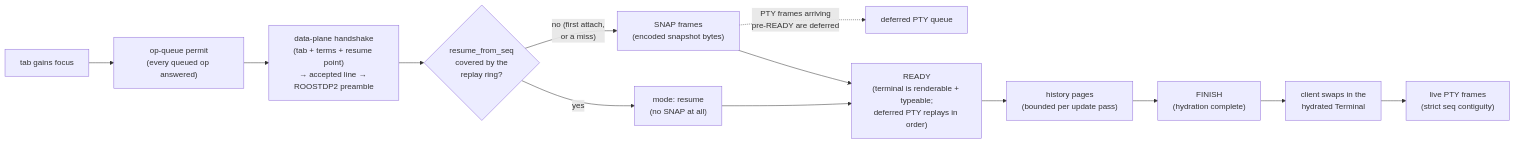
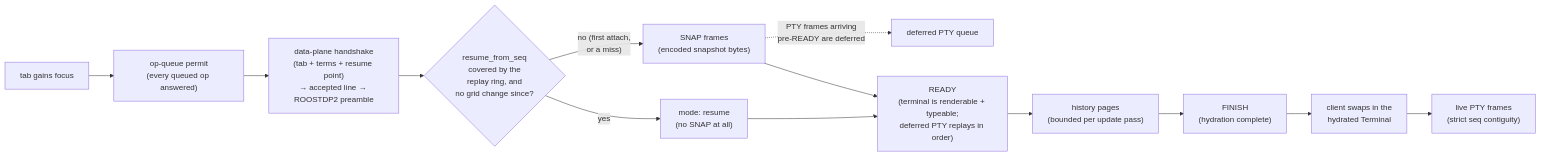
Before and after one commit to charliek/roost: the second of 3 diagrams in docs/development/host-sessions.md, drawn with Mermaid. The commit also changed other lines of this file and 15 other files, not shown here.

````diff
--- a/docs/development/host-sessions.md
+++ b/docs/development/host-sessions.md
@@ -52,15 +52,15 @@
 ```mermaid
 flowchart LR
   Focus["tab gains focus"] --> Permit["op-queue permit<br/>(every queued op answered)"]
   Permit --> Handshake["data-plane handshake<br/>(tab + terms + resume point)<br/>→ accepted line → ROOSTDP2 preamble"]
-  Handshake --> Check{"resume_from_seq<br/>covered by the<br/>replay ring?"}
+  Handshake --> Check{"resume_from_seq<br/>covered by the<br/>replay ring, and<br/>no grid change since?"}
   Check -- "no (first attach,<br/>or a miss)" --> Snap["SNAP frames<br/>(encoded snapshot bytes)"]
   Check -- "yes" --> ResumeMode["mode: resume<br/>(no SNAP at all)"]
   Snap -.->|"PTY frames arriving<br/>pre-READY are deferred"| Deferred["deferred PTY queue"]
   Snap --> Ready["READY<br/>(terminal is renderable + typeable;<br/>deferred PTY replays in order)"]
   ResumeMode --> Ready
   Ready --> History["history pages<br/>(bounded per update pass)"]
   History --> Finish["FINISH<br/>(hydration complete)"]
   Finish --> Swap["client swaps in the<br/>hydrated Terminal"]
   Swap --> Live["live PTY frames<br/>(strict seq contiguity)"]
 ```
````
